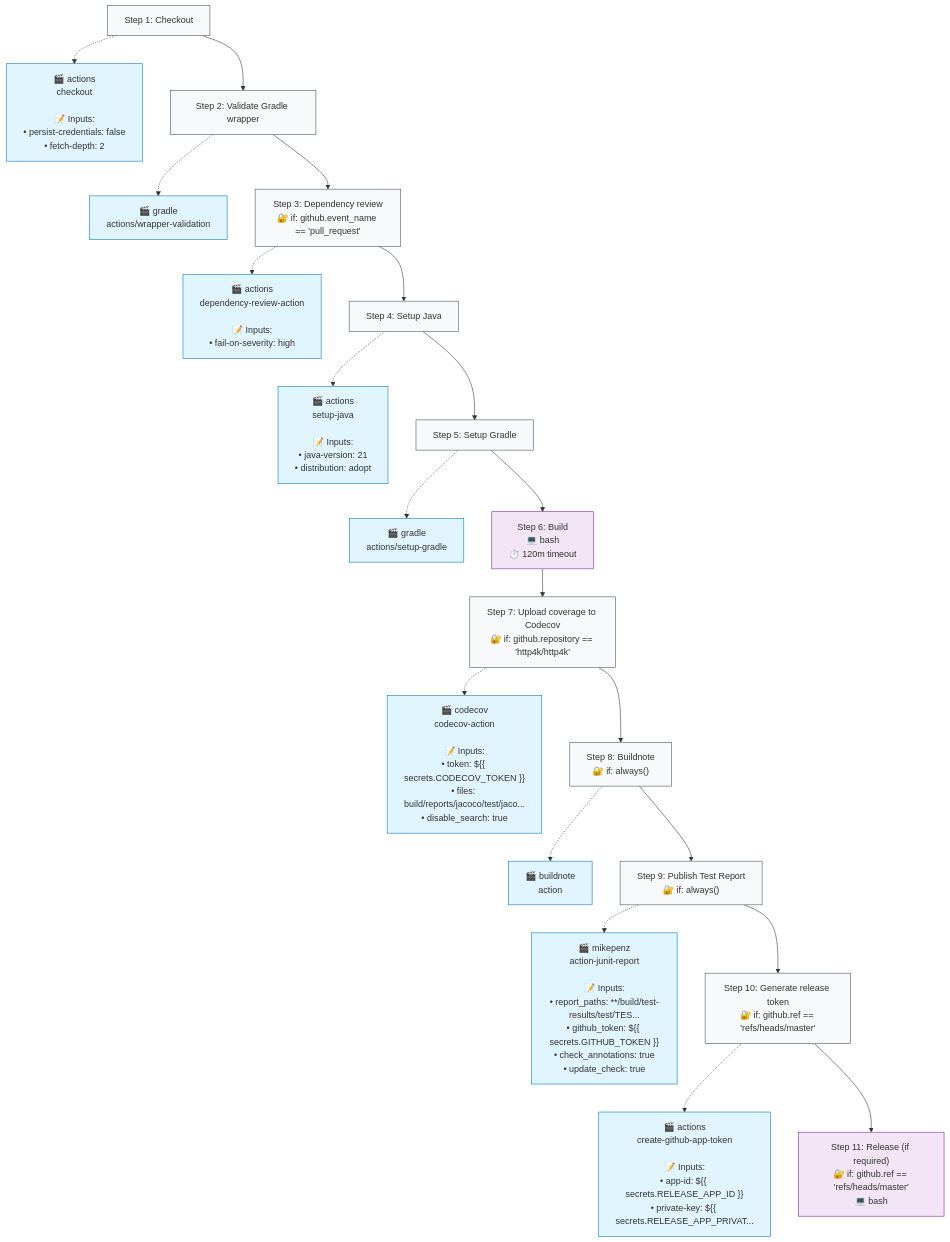
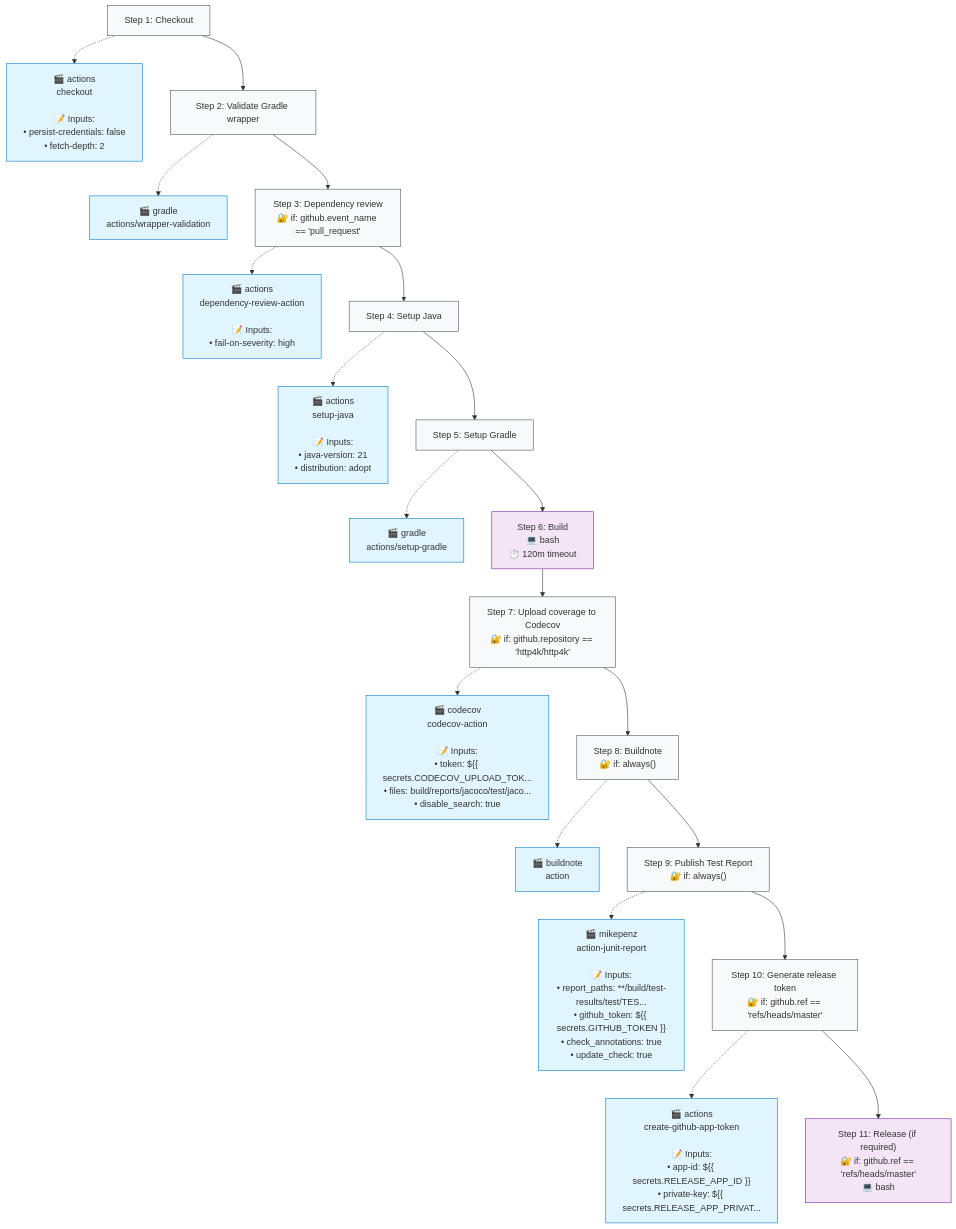
The second of 2 diagrams in .github/typeflows/build-http4k/README.md (http4k/http4k), drawn with Mermaid before and after one commit. The commit also changed 2 other files, not shown here.

Commit message:
Update Codecov configuration to use `CODECOV_UPLOAD_TOKEN` instead of `CODECOV_TOKEN`

````diff
--- a/.github/typeflows/build-http4k/README.md
+++ b/.github/typeflows/build-http4k/README.md
@@ -24,63 +24,63 @@
 ```mermaid
 %%{init: {"flowchart": {"curve": "basis"}}}%%
 flowchart TD
     step1["Step 1: Checkout"]
     style step1 fill:#f8f9fa,stroke:#495057
     action1["🎬 actions<br/>checkout<br/><br/>📝 Inputs:<br/>• persist-credentials: false<br/>• fetch-depth: 2"]
     style action1 fill:#e1f5fe,stroke:#0277bd
     step1 -.-> action1
     step2["Step 2: Validate Gradle wrapper"]
     style step2 fill:#f8f9fa,stroke:#495057
     action2["🎬 gradle<br/>actions/wrapper-validation"]
     style action2 fill:#e1f5fe,stroke:#0277bd
     step2 -.-> action2
     step1 --> step2
     step3["Step 3: Dependency review<br/>🔐 if: github.event_name == 'pull_request'"]
     style step3 fill:#f8f9fa,stroke:#495057
     action3["🎬 actions<br/>dependency-review-action<br/><br/>📝 Inputs:<br/>• fail-on-severity: high"]
     style action3 fill:#e1f5fe,stroke:#0277bd
     step3 -.-> action3
     step2 --> step3
     step4["Step 4: Setup Java"]
     style step4 fill:#f8f9fa,stroke:#495057
     action4["🎬 actions<br/>setup-java<br/><br/>📝 Inputs:<br/>• java-version: 21<br/>• distribution: adopt"]
     style action4 fill:#e1f5fe,stroke:#0277bd
     step4 -.-> action4
     step3 --> step4
     step5["Step 5: Setup Gradle"]
     style step5 fill:#f8f9fa,stroke:#495057
     action5["🎬 gradle<br/>actions/setup-gradle"]
     style action5 fill:#e1f5fe,stroke:#0277bd
     step5 -.-> action5
     step4 --> step5
     step6["Step 6: Build<br/>💻 bash<br/>⏱️ 120m timeout"]
     style step6 fill:#f3e5f5,stroke:#7b1fa2
     step5 --> step6
     step7["Step 7: Upload coverage to Codecov<br/>🔐 if: github.repository == 'http4k/http4k'"]
     style step7 fill:#f8f9fa,stroke:#495057
-    action7["🎬 codecov<br/>codecov-action<br/><br/>📝 Inputs:<br/>• token: ${{ secrets.CODECOV_TOKEN }}<br/>• files: build/reports/jacoco/test/jaco...<br/>• disable_search: true"]
+    action7["🎬 codecov<br/>codecov-action<br/><br/>📝 Inputs:<br/>• token: ${{ secrets.CODECOV_UPLOAD_TOK...<br/>• files: build/reports/jacoco/test/jaco...<br/>• disable_search: true"]
     style action7 fill:#e1f5fe,stroke:#0277bd
     step7 -.-> action7
     step6 --> step7
     step8["Step 8: Buildnote<br/>🔐 if: always()"]
     style step8 fill:#f8f9fa,stroke:#495057
     action8["🎬 buildnote<br/>action"]
     style action8 fill:#e1f5fe,stroke:#0277bd
     step8 -.-> action8
     step7 --> step8
     step9["Step 9: Publish Test Report<br/>🔐 if: always()"]
     style step9 fill:#f8f9fa,stroke:#495057
     action9["🎬 mikepenz<br/>action-junit-report<br/><br/>📝 Inputs:<br/>• report_paths: **/build/test-results/test/TES...<br/>• github_token: ${{ secrets.GITHUB_TOKEN }}<br/>• check_annotations: true<br/>• update_check: true"]
     style action9 fill:#e1f5fe,stroke:#0277bd
     step9 -.-> action9
     step8 --> step9
     step10["Step 10: Generate release token<br/>🔐 if: github.ref == 'refs/heads/master'"]
     style step10 fill:#f8f9fa,stroke:#495057
     action10["🎬 actions<br/>create-github-app-token<br/><br/>📝 Inputs:<br/>• app-id: ${{ secrets.RELEASE_APP_ID }}<br/>• private-key: ${{ secrets.RELEASE_APP_PRIVAT..."]
     style action10 fill:#e1f5fe,stroke:#0277bd
     step10 -.-> action10
     step9 --> step10
     step11["Step 11: Release (if required)<br/>🔐 if: github.ref == 'refs/heads/master'<br/>💻 bash"]
     style step11 fill:#f3e5f5,stroke:#7b1fa2
     step10 --> step11
 ```
````
